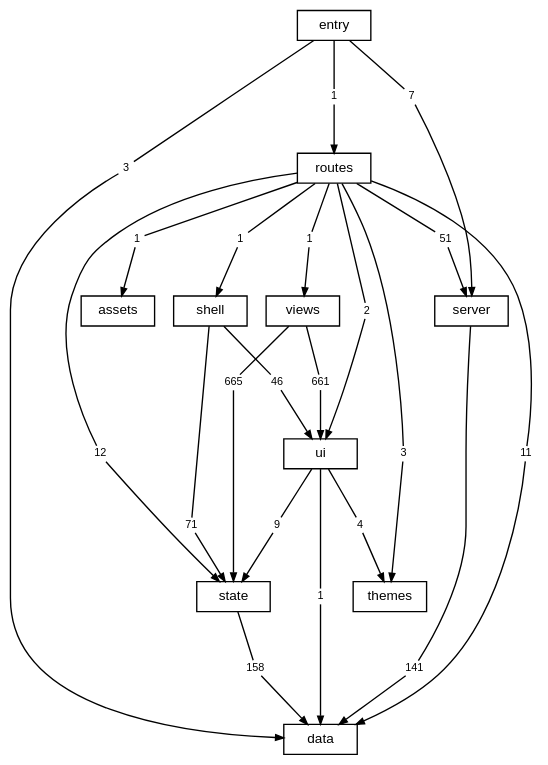
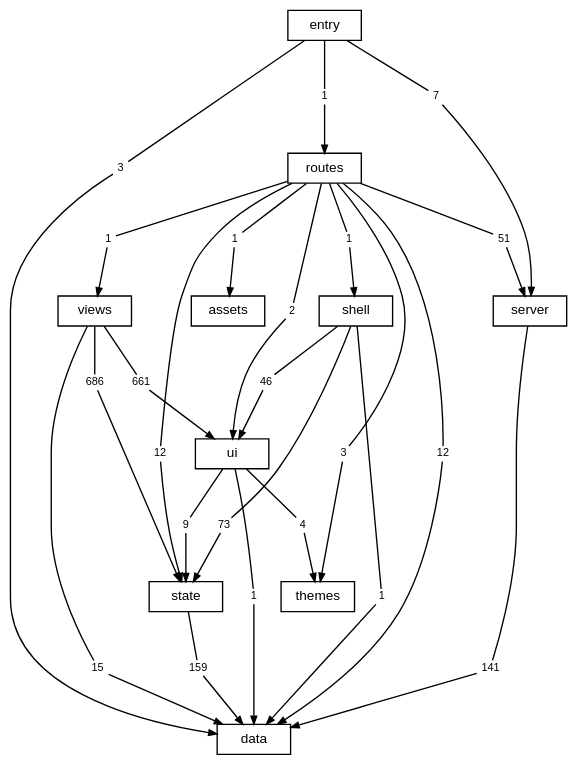
The diagram in docs/diagrams/layers.dot (TheAxeC/oculus), drawn with Graphviz before and after one commit. The commit also changed 93 other files, not shown here.

First line of the commit message:
Read the views', shell's and routes' inputs through zod (Q85d)

```diff
--- a/docs/diagrams/layers.dot
+++ b/docs/diagrams/layers.dot
@@ -1,75 +1,81 @@
 digraph layers {
     graph [bgcolor="transparent", rankdir=TB, newrank=true, fontname="Helvetica,Arial,sans-serif", fontsize=12, nodesep=0.2, ranksep=0.5];
     node [shape=box, color="black", fontcolor="black", fontname="Helvetica,Arial,sans-serif", fontsize=10, height=0.3, margin="0.12,0.04"];
     edge [color="black", fontcolor="black", fontname="Helvetica,Arial,sans-serif", fontsize=8, arrowsize=0.6];
     "data";
     "server";
     "state";
     "ui";
     "shell";
     "views";
     "themes";
     "routes";
     "src" [label="entry"];
     "files: assets" [label="assets"];
-    "routes to data" [label="11", shape=box, color="transparent", fontsize=8, width=0, height=0, margin="0.04,0.02"];
+    "routes to data" [label="12", shape=box, color="transparent", fontsize=8, width=0, height=0, margin="0.04,0.02"];
     "routes" -> "routes to data" [arrowhead=none];
     "routes to data" -> "data" [];
     "routes to files: assets" [label="1", shape=box, color="transparent", fontsize=8, width=0, height=0, margin="0.04,0.02"];
     "routes" -> "routes to files: assets" [arrowhead=none];
     "routes to files: assets" -> "files: assets" [];
     "routes to server" [label="51", shape=box, color="transparent", fontsize=8, width=0, height=0, margin="0.04,0.02"];
     "routes" -> "routes to server" [arrowhead=none];
     "routes to server" -> "server" [];
     "routes to shell" [label="1", shape=box, color="transparent", fontsize=8, width=0, height=0, margin="0.04,0.02"];
     "routes" -> "routes to shell" [arrowhead=none];
     "routes to shell" -> "shell" [];
     "routes to state" [label="12", shape=box, color="transparent", fontsize=8, width=0, height=0, margin="0.04,0.02"];
     "routes" -> "routes to state" [arrowhead=none];
     "routes to state" -> "state" [];
     "routes to themes" [label="3", shape=box, color="transparent", fontsize=8, width=0, height=0, margin="0.04,0.02"];
     "routes" -> "routes to themes" [arrowhead=none];
     "routes to themes" -> "themes" [];
     "routes to ui" [label="2", shape=box, color="transparent", fontsize=8, width=0, height=0, margin="0.04,0.02"];
     "routes" -> "routes to ui" [arrowhead=none];
     "routes to ui" -> "ui" [];
     "routes to views" [label="1", shape=box, color="transparent", fontsize=8, width=0, height=0, margin="0.04,0.02"];
     "routes" -> "routes to views" [arrowhead=none];
     "routes to views" -> "views" [];
     "server to data" [label="141", shape=box, color="transparent", fontsize=8, width=0, height=0, margin="0.04,0.02"];
     "server" -> "server to data" [arrowhead=none];
     "server to data" -> "data" [];
-    "shell to state" [label="71", shape=box, color="transparent", fontsize=8, width=0, height=0, margin="0.04,0.02"];
+    "shell to data" [label="1", shape=box, color="transparent", fontsize=8, width=0, height=0, margin="0.04,0.02"];
+    "shell" -> "shell to data" [arrowhead=none];
+    "shell to data" -> "data" [];
+    "shell to state" [label="73", shape=box, color="transparent", fontsize=8, width=0, height=0, margin="0.04,0.02"];
     "shell" -> "shell to state" [arrowhead=none];
     "shell to state" -> "state" [];
     "shell to ui" [label="46", shape=box, color="transparent", fontsize=8, width=0, height=0, margin="0.04,0.02"];
     "shell" -> "shell to ui" [arrowhead=none];
     "shell to ui" -> "ui" [];
     "src to data" [label="3", shape=box, color="transparent", fontsize=8, width=0, height=0, margin="0.04,0.02"];
     "src" -> "src to data" [arrowhead=none];
     "src to data" -> "data" [];
     "src to routes" [label="1", shape=box, color="transparent", fontsize=8, width=0, height=0, margin="0.04,0.02"];
     "src" -> "src to routes" [arrowhead=none];
     "src to routes" -> "routes" [];
     "src to server" [label="7", shape=box, color="transparent", fontsize=8, width=0, height=0, margin="0.04,0.02"];
     "src" -> "src to server" [arrowhead=none];
     "src to server" -> "server" [];
-    "state to data" [label="158", shape=box, color="transparent", fontsize=8, width=0, height=0, margin="0.04,0.02"];
+    "state to data" [label="159", shape=box, color="transparent", fontsize=8, width=0, height=0, margin="0.04,0.02"];
     "state" -> "state to data" [arrowhead=none];
     "state to data" -> "data" [];
     "ui to data" [label="1", shape=box, color="transparent", fontsize=8, width=0, height=0, margin="0.04,0.02"];
     "ui" -> "ui to data" [arrowhead=none];
     "ui to data" -> "data" [];
     "ui to state" [label="9", shape=box, color="transparent", fontsize=8, width=0, height=0, margin="0.04,0.02"];
     "ui" -> "ui to state" [arrowhead=none];
     "ui to state" -> "state" [];
     "ui to themes" [label="4", shape=box, color="transparent", fontsize=8, width=0, height=0, margin="0.04,0.02"];
     "ui" -> "ui to themes" [arrowhead=none];
     "ui to themes" -> "themes" [];
-    "views to state" [label="665", shape=box, color="transparent", fontsize=8, width=0, height=0, margin="0.04,0.02"];
+    "views to data" [label="15", shape=box, color="transparent", fontsize=8, width=0, height=0, margin="0.04,0.02"];
+    "views" -> "views to data" [arrowhead=none];
+    "views to data" -> "data" [];
+    "views to state" [label="686", shape=box, color="transparent", fontsize=8, width=0, height=0, margin="0.04,0.02"];
     "views" -> "views to state" [arrowhead=none];
     "views to state" -> "state" [];
     "views to ui" [label="661", shape=box, color="transparent", fontsize=8, width=0, height=0, margin="0.04,0.02"];
     "views" -> "views to ui" [arrowhead=none];
     "views to ui" -> "ui" [];
 }
```
